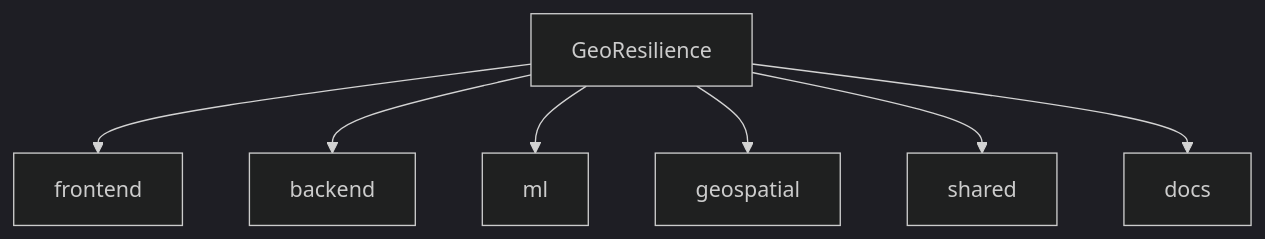
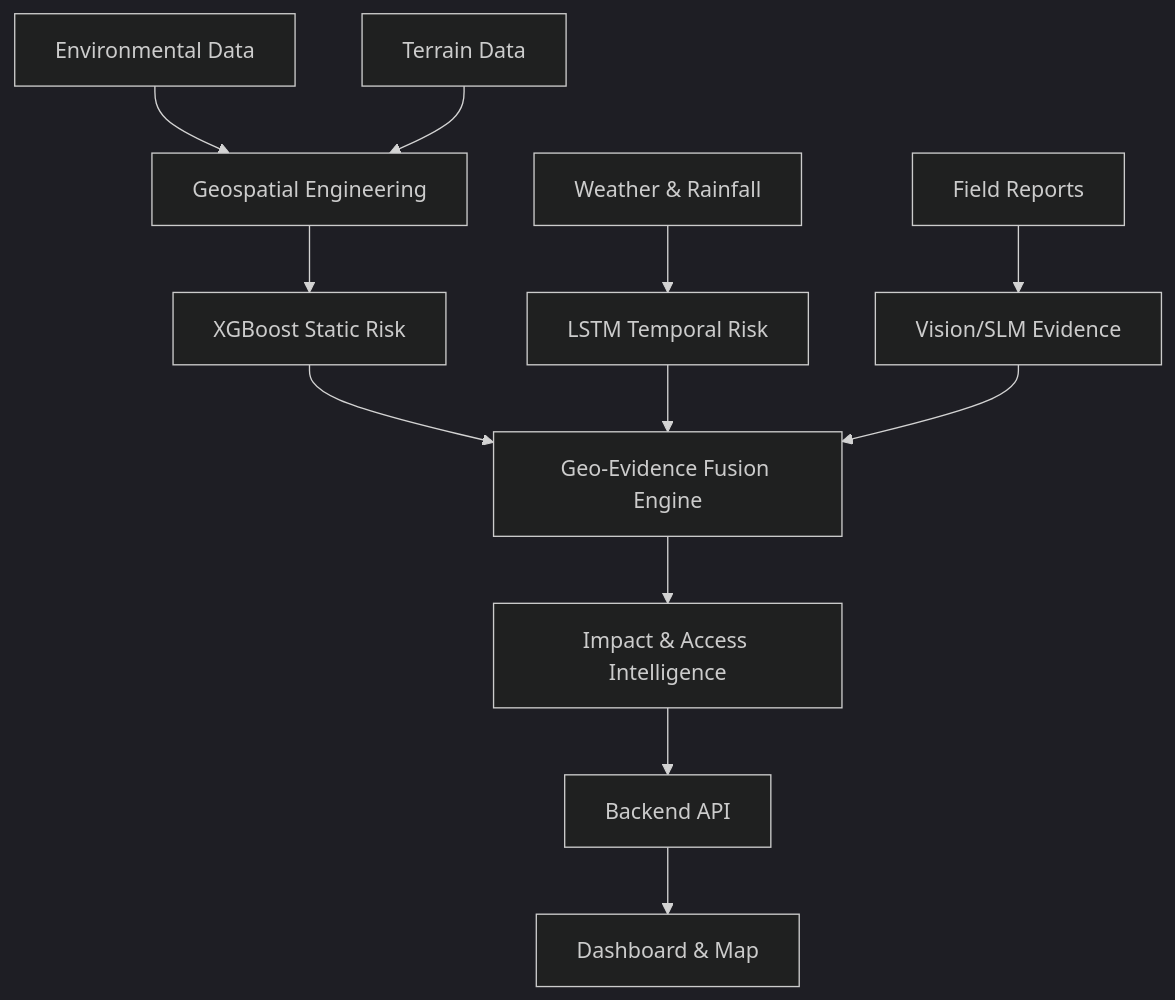
The diagram in README.md (hitanshinahar/georesilience), drawn with Mermaid (dark theme) before and after one commit. The commit also changed other lines of this file and 21 other files, not shown here.

Commit message:
docs: add architecture and technical specifications

````diff
--- a/README.md
+++ b/README.md
@@ -7,9 +30,18 @@
 ```mermaid
-graph TD
-    A[GeoResilience] --> B[frontend]
-    A --> C[backend]
-    A --> D[ml]
-    A --> E[geospatial]
-    A --> F[shared]
-    A --> G[docs]
+flowchart TD
+    ENV[Environmental Data] --> GEO[Geospatial Engineering]
+    TER[Terrain Data] --> GEO
+    GEO --> XGB[XGBoost Static Risk]
+    
+    WEA[Weather & Rainfall] --> LSTM[LSTM Temporal Risk]
+    
+    FIELD[Field Reports] --> EVID[Vision/SLM Evidence]
+    
+    XGB --> FUSION[Geo-Evidence Fusion Engine]
+    LSTM --> FUSION
+    EVID --> FUSION
+    
+    FUSION --> INTEL[Impact & Access Intelligence]
+    INTEL --> API[Backend API]
+    API --> UI[Dashboard & Map]
 ```
````
